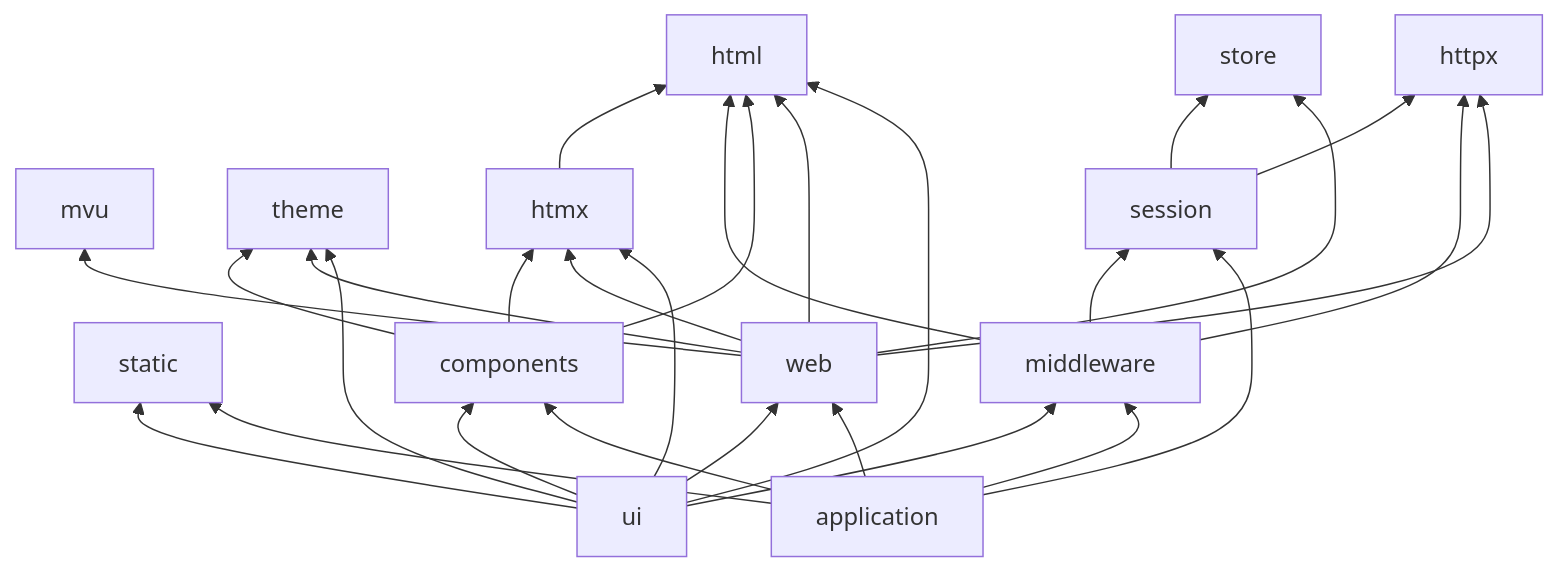
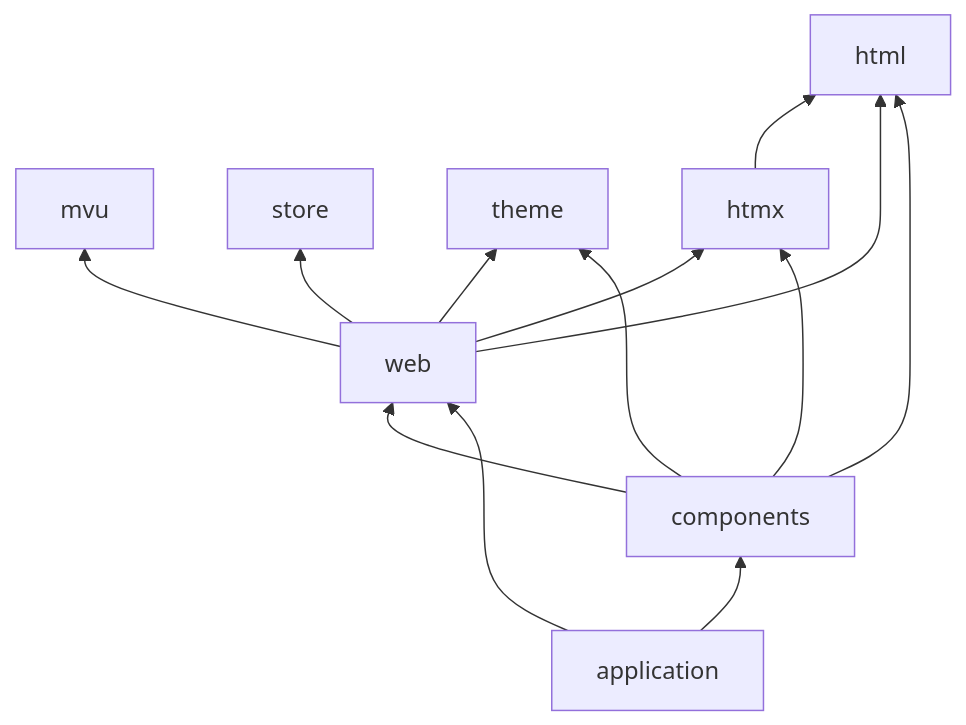
One commit to dmundt/go-mvu changed the first of 2 diagrams in docs/architecture.md. Above: the diagram before and after it, drawn with Mermaid. The commit also changed other lines of this file and 131 other files, not shown here.

````diff
--- a/docs/architecture.md
+++ b/docs/architecture.md
@@ -70,11 +66,8 @@
 ```mermaid
 flowchart BT
-  html; mvu; store; theme; static; httpx
+  html; mvu; store; theme
   htmx --> html
-  session --> store & httpx
-  middleware --> html & session & httpx
-  components --> html & htmx & theme
-  web --> mvu & html & htmx & store & theme & httpx
-  ui --> components & html & htmx & middleware & static & theme & web
-  app[application] --> web & components & middleware & session & static
+  web --> mvu & html & htmx & store & theme
+  components --> html & htmx & theme & web
+  app[application] --> web & components
 ```
````
